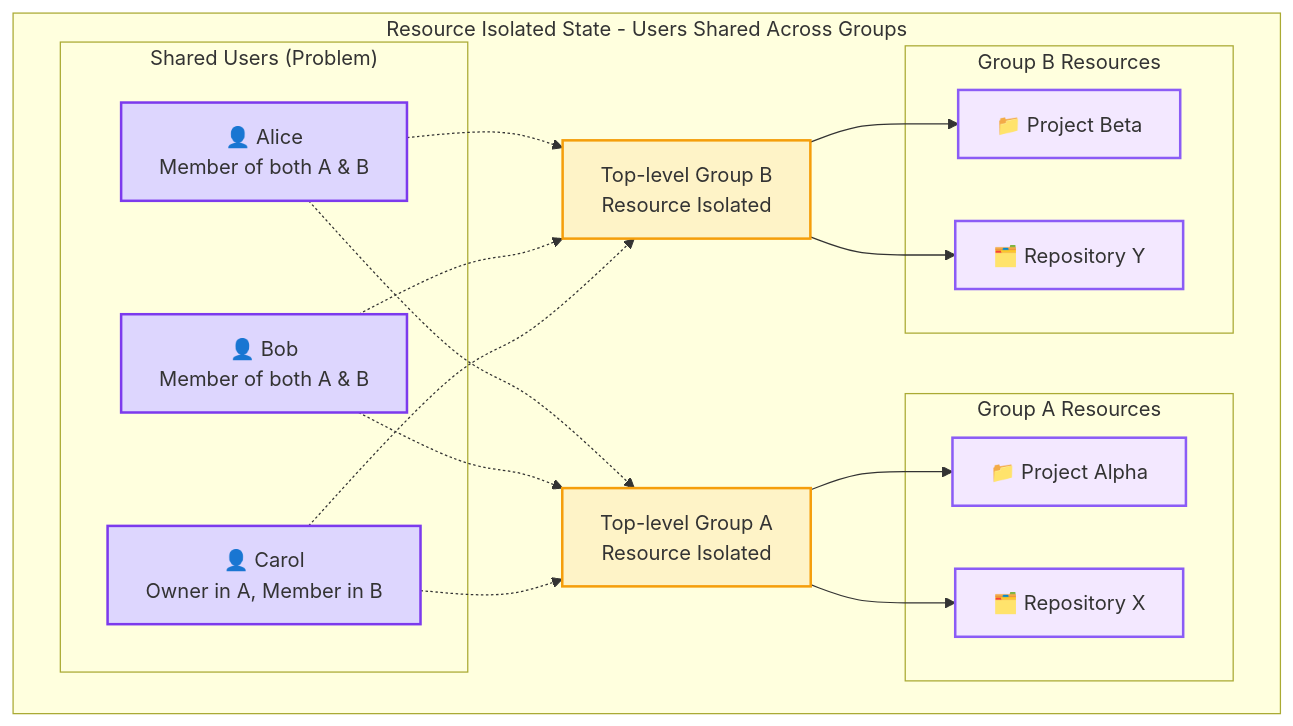
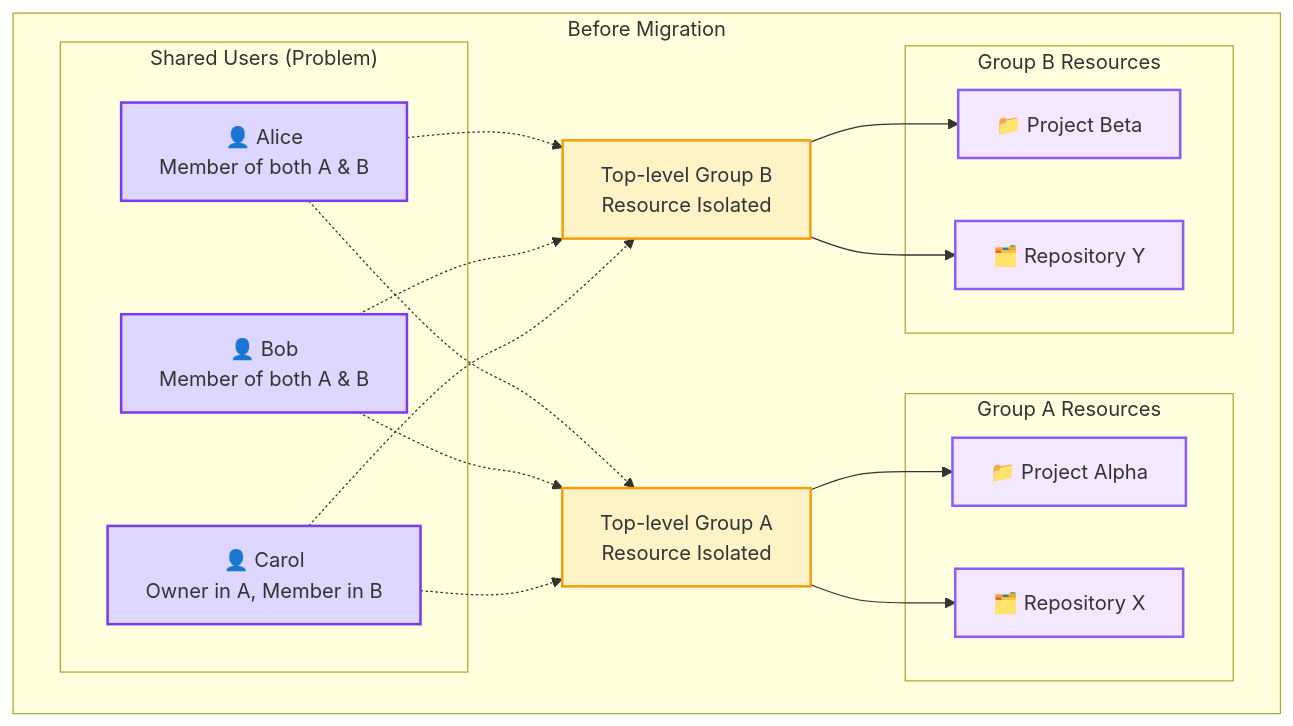
The fourth of 9 diagrams in content/handbook/engineering/architecture/design-documents/organization/isolation_compliance_framework.md (zalyoung/gitlab-handbook), drawn with Mermaid before and after one commit. The commit also changed other lines of this file, not shown here.

Commit message:
Change diagram titles to format better

````diff
--- a/content/handbook/engineering/architecture/design-documents/organization/isolation_compliance_framework.md
+++ b/content/handbook/engineering/architecture/design-documents/organization/isolation_compliance_framework.md
@@ -416,45 +416,45 @@
 ```mermaid
 graph TD
-    subgraph "Resource Isolated State - Users Shared Across Groups"
+    subgraph "Before Migration"
         TLG1["Top-level Group A<br/>Resource Isolated"]
         TLG2["Top-level Group B<br/>Resource Isolated"]
 
         subgraph "Shared Users (Problem)"
             USER1[👤 Alice<br/>Member of both A & B]
             USER2[👤 Bob<br/>Member of both A & B]
             USER3[👤 Carol<br/>Owner in A, Member in B]
         end
 
         subgraph "Group A Resources"
             PROJ1[📁 Project Alpha]
             REPO1[🗂️ Repository X]
         end
 
         subgraph "Group B Resources"
             PROJ2[📁 Project Beta]
             REPO2[🗂️ Repository Y]
         end
     end
 
     %% User connections (dotted lines show shared access)
     USER1 -.-> TLG1
     USER1 -.-> TLG2
     USER2 -.-> TLG1
     USER2 -.-> TLG2
     USER3 -.-> TLG1
     USER3 -.-> TLG2
 
     %% Resource connections
     TLG1 --> PROJ1
     TLG1 --> REPO1
     TLG2 --> PROJ2
     TLG2 --> REPO2
 
     classDef tlg fill:#fef3c7,stroke:#f59e0b,stroke-width:2px
     classDef user fill:#ddd6fe,stroke:#7c3aed,stroke-width:2px
     classDef resource fill:#f3e8ff,stroke:#8b5cf6,stroke-width:2px
 
     class TLG1,TLG2 tlg
     class USER1,USER2,USER3 user
     class PROJ1,PROJ2,REPO1,REPO2 resource
 ```
````
